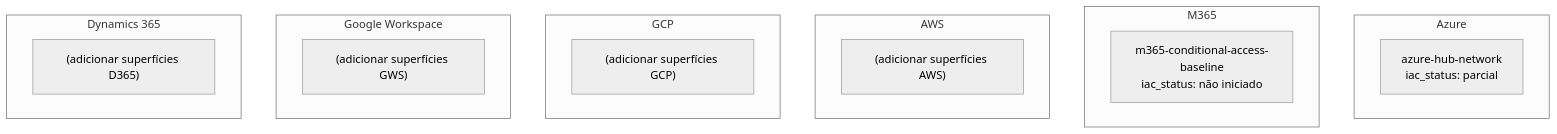
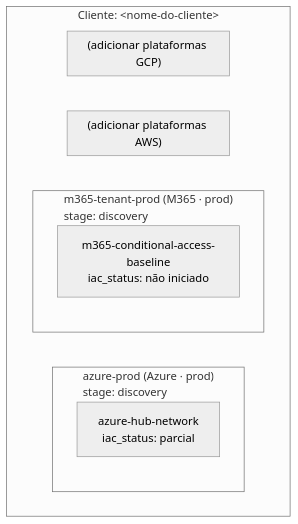
The first of 2 diagrams in presets/nimbus-code-platform-standards/templates/feature-artifacts/platform-graph.md (lrodriguesvpn/nimbus-code), drawn with Mermaid (neutral theme) before and after one commit. The commit also changed other lines of this file and 12 other files, not shown here.

````diff
--- a/presets/nimbus-code-platform-standards/templates/feature-artifacts/platform-graph.md
+++ b/presets/nimbus-code-platform-standards/templates/feature-artifacts/platform-graph.md
@@ -9,26 +15,18 @@
 ```mermaid
 flowchart TB
-    subgraph Azure
-        AZ_HUB["azure-hub-network<br/>iac_status: parcial"]
-    end
+    subgraph CLIENT["Cliente: &lt;nome-do-cliente&gt;"]
+        subgraph AZ_PROD["azure-prod (Azure · prod)<br/>stage: discovery"]
+            AZ_HUB["azure-hub-network<br/>iac_status: parcial"]
+        end
 
-    subgraph M365
-        M365_CA["m365-conditional-access-baseline<br/>iac_status: não iniciado"]
-    end
+        subgraph M365_PROD["m365-tenant-prod (M365 · prod)<br/>stage: discovery"]
+            M365_CA["m365-conditional-access-baseline<br/>iac_status: não iniciado"]
+        end
 
-    subgraph AWS
-        AWS_TBD["(adicionar superfícies AWS)"]
-    end
+        subgraph AWS_TBD["(adicionar plataformas AWS)"]
+        end
 
-    subgraph GCP
-        GCP_TBD["(adicionar superfícies GCP)"]
-    end
-
-    subgraph GWS["Google Workspace"]
-        GWS_TBD["(adicionar superfícies GWS)"]
-    end
-
-    subgraph D365["Dynamics 365"]
-        D365_TBD["(adicionar superfícies D365)"]
+        subgraph GCP_TBD["(adicionar plataformas GCP)"]
+        end
     end
 ```
````
